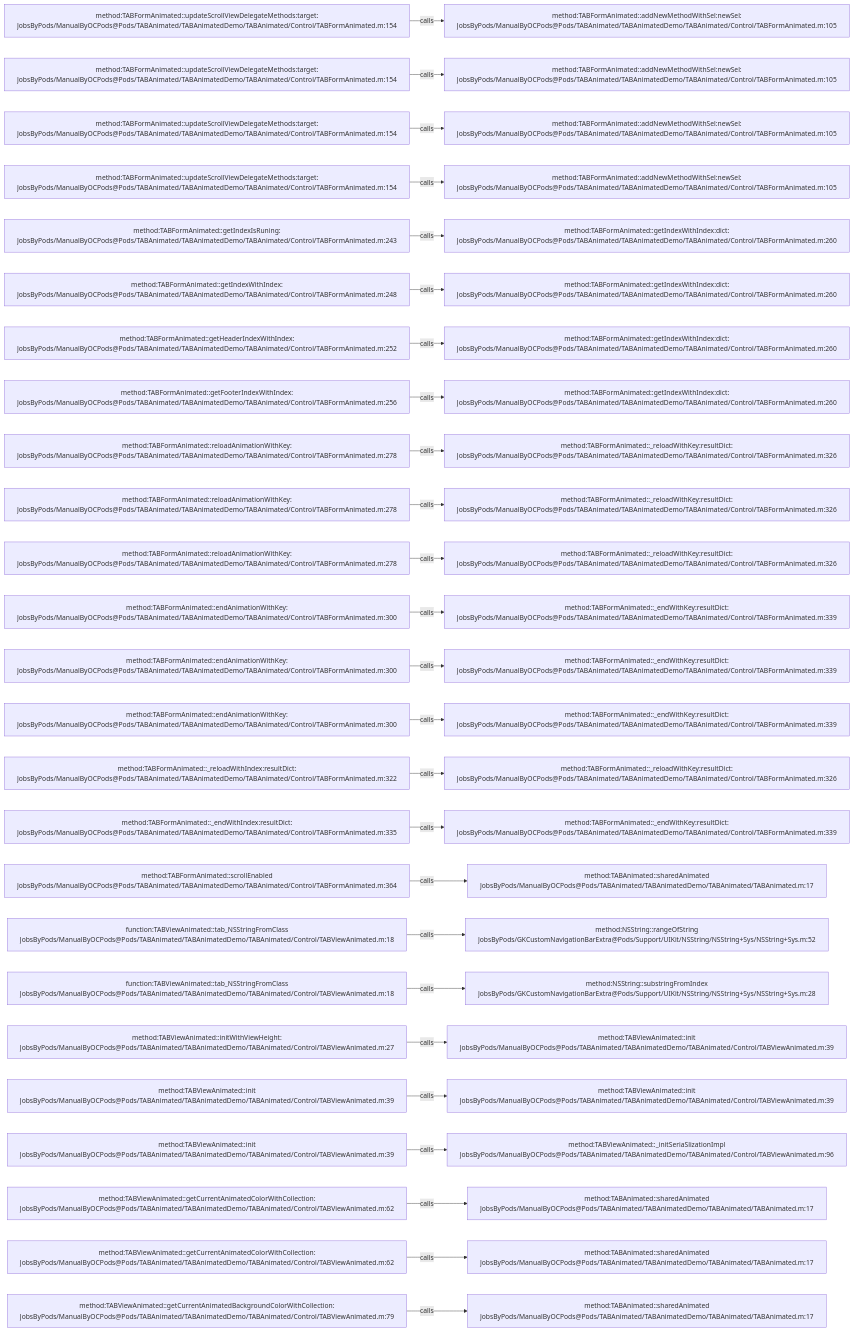
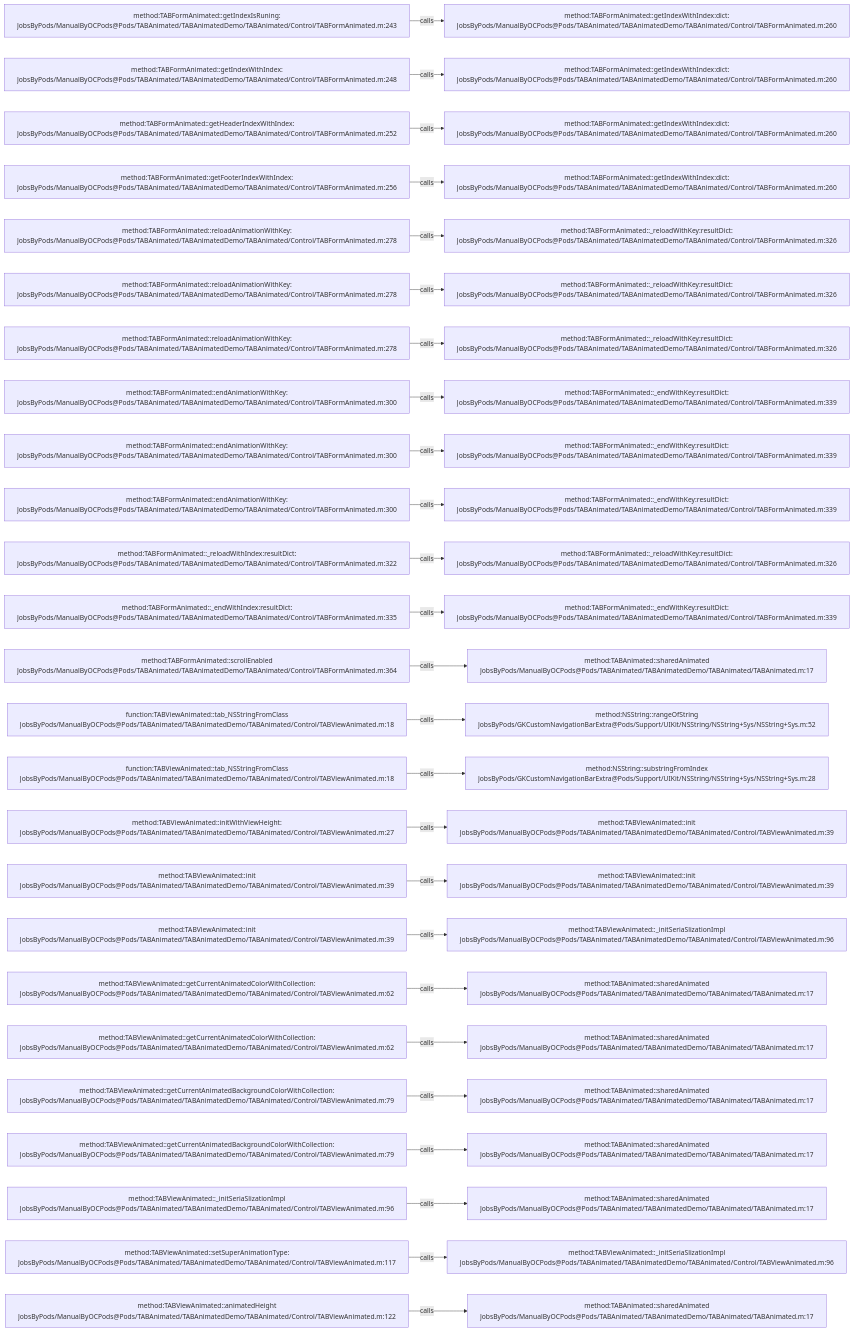
The diagram in .codegraph/codegraph.md/graphs/calls-023.md (JobsKits/JobsOCBaseConfigDemo), drawn with Mermaid before and after one commit. The commit also changed 727 other files, not shown here.

````diff
--- a/.codegraph/codegraph.md/graphs/calls-023.md
+++ b/.codegraph/codegraph.md/graphs/calls-023.md
@@ -13,78 +13,78 @@
 ```mermaid
 flowchart LR
-  S1["method:TABFormAnimated::updateScrollViewDelegateMethods:target:<br/>JobsByPods/ManualByOCPods@Pods/TABAnimated/TABAnimatedDemo/TABAnimated/Control/TABFormAnimated.m:154"]
-  T1["method:TABFormAnimated::addNewMethodWithSel:newSel:<br/>JobsByPods/ManualByOCPods@Pods/TABAnimated/TABAnimatedDemo/TABAnimated/Control/TABFormAnimated.m:105"]
+  S1["method:TABFormAnimated::getIndexIsRuning:<br/>JobsByPods/ManualByOCPods@Pods/TABAnimated/TABAnimatedDemo/TABAnimated/Control/TABFormAnimated.m:243"]
+  T1["method:TABFormAnimated::getIndexWithIndex:dict:<br/>JobsByPods/ManualByOCPods@Pods/TABAnimated/TABAnimatedDemo/TABAnimated/Control/TABFormAnimated.m:260"]
   S1 -->|calls| T1
-  S2["method:TABFormAnimated::updateScrollViewDelegateMethods:target:<br/>JobsByPods/ManualByOCPods@Pods/TABAnimated/TABAnimatedDemo/TABAnimated/Control/TABFormAnimated.m:154"]
-  T2["method:TABFormAnimated::addNewMethodWithSel:newSel:<br/>JobsByPods/ManualByOCPods@Pods/TABAnimated/TABAnimatedDemo/TABAnimated/Control/TABFormAnimated.m:105"]
+  S2["method:TABFormAnimated::getIndexWithIndex:<br/>JobsByPods/ManualByOCPods@Pods/TABAnimated/TABAnimatedDemo/TABAnimated/Control/TABFormAnimated.m:248"]
+  T2["method:TABFormAnimated::getIndexWithIndex:dict:<br/>JobsByPods/ManualByOCPods@Pods/TABAnimated/TABAnimatedDemo/TABAnimated/Control/TABFormAnimated.m:260"]
   S2 -->|calls| T2
-  S3["method:TABFormAnimated::updateScrollViewDelegateMethods:target:<br/>JobsByPods/ManualByOCPods@Pods/TABAnimated/TABAnimatedDemo/TABAnimated/Control/TABFormAnimated.m:154"]
-  T3["method:TABFormAnimated::addNewMethodWithSel:newSel:<br/>JobsByPods/ManualByOCPods@Pods/TABAnimated/TABAnimatedDemo/TABAnimated/Control/TABFormAnimated.m:105"]
+  S3["method:TABFormAnimated::getHeaderIndexWithIndex:<br/>JobsByPods/ManualByOCPods@Pods/TABAnimated/TABAnimatedDemo/TABAnimated/Control/TABFormAnimated.m:252"]
+  T3["method:TABFormAnimated::getIndexWithIndex:dict:<br/>JobsByPods/ManualByOCPods@Pods/TABAnimated/TABAnimatedDemo/TABAnimated/Control/TABFormAnimated.m:260"]
   S3 -->|calls| T3
-  S4["method:TABFormAnimated::updateScrollViewDelegateMethods:target:<br/>JobsByPods/ManualByOCPods@Pods/TABAnimated/TABAnimatedDemo/TABAnimated/Control/TABFormAnimated.m:154"]
-  T4["method:TABFormAnimated::addNewMethodWithSel:newSel:<br/>JobsByPods/ManualByOCPods@Pods/TABAnimated/TABAnimatedDemo/TABAnimated/Control/TABFormAnimated.m:105"]
+  S4["method:TABFormAnimated::getFooterIndexWithIndex:<br/>JobsByPods/ManualByOCPods@Pods/TABAnimated/TABAnimatedDemo/TABAnimated/Control/TABFormAnimated.m:256"]
+  T4["method:TABFormAnimated::getIndexWithIndex:dict:<br/>JobsByPods/ManualByOCPods@Pods/TABAnimated/TABAnimatedDemo/TABAnimated/Control/TABFormAnimated.m:260"]
   S4 -->|calls| T4
-  S5["method:TABFormAnimated::getIndexIsRuning:<br/>JobsByPods/ManualByOCPods@Pods/TABAnimated/TABAnimatedDemo/TABAnimated/Control/TABFormAnimated.m:243"]
-  T5["method:TABFormAnimated::getIndexWithIndex:dict:<br/>JobsByPods/ManualByOCPods@Pods/TABAnimated/TABAnimatedDemo/TABAnimated/Control/TABFormAnimated.m:260"]
+  S5["method:TABFormAnimated::reloadAnimationWithKey:<br/>JobsByPods/ManualByOCPods@Pods/TABAnimated/TABAnimatedDemo/TABAnimated/Control/TABFormAnimated.m:278"]
+  T5["method:TABFormAnimated::_reloadWithKey:resultDict:<br/>JobsByPods/ManualByOCPods@Pods/TABAnimated/TABAnimatedDemo/TABAnimated/Control/TABFormAnimated.m:326"]
   S5 -->|calls| T5
-  S6["method:TABFormAnimated::getIndexWithIndex:<br/>JobsByPods/ManualByOCPods@Pods/TABAnimated/TABAnimatedDemo/TABAnimated/Control/TABFormAnimated.m:248"]
-  T6["method:TABFormAnimated::getIndexWithIndex:dict:<br/>JobsByPods/ManualByOCPods@Pods/TABAnimated/TABAnimatedDemo/TABAnimated/Control/TABFormAnimated.m:260"]
+  S6["method:TABFormAnimated::reloadAnimationWithKey:<br/>JobsByPods/ManualByOCPods@Pods/TABAnimated/TABAnimatedDemo/TABAnimated/Control/TABFormAnimated.m:278"]
+  T6["method:TABFormAnimated::_reloadWithKey:resultDict:<br/>JobsByPods/ManualByOCPods@Pods/TABAnimated/TABAnimatedDemo/TABAnimated/Control/TABFormAnimated.m:326"]
   S6 -->|calls| T6
-  S7["method:TABFormAnimated::getHeaderIndexWithIndex:<br/>JobsByPods/ManualByOCPods@Pods/TABAnimated/TABAnimatedDemo/TABAnimated/Control/TABFormAnimated.m:252"]
-  T7["method:TABFormAnimated::getIndexWithIndex:dict:<br/>JobsByPods/ManualByOCPods@Pods/TABAnimated/TABAnimatedDemo/TABAnimated/Control/TABFormAnimated.m:260"]
+  S7["method:TABFormAnimated::reloadAnimationWithKey:<br/>JobsByPods/ManualByOCPods@Pods/TABAnimated/TABAnimatedDemo/TABAnimated/Control/TABFormAnimated.m:278"]
+  T7["method:TABFormAnimated::_reloadWithKey:resultDict:<br/>JobsByPods/ManualByOCPods@Pods/TABAnimated/TABAnimatedDemo/TABAnimated/Control/TABFormAnimated.m:326"]
   S7 -->|calls| T7
-  S8["method:TABFormAnimated::getFooterIndexWithIndex:<br/>JobsByPods/ManualByOCPods@Pods/TABAnimated/TABAnimatedDemo/TABAnimated/Control/TABFormAnimated.m:256"]
-  T8["method:TABFormAnimated::getIndexWithIndex:dict:<br/>JobsByPods/ManualByOCPods@Pods/TABAnimated/TABAnimatedDemo/TABAnimated/Control/TABFormAnimated.m:260"]
+  S8["method:TABFormAnimated::endAnimationWithKey:<br/>JobsByPods/ManualByOCPods@Pods/TABAnimated/TABAnimatedDemo/TABAnimated/Control/TABFormAnimated.m:300"]
+  T8["method:TABFormAnimated::_endWithKey:resultDict:<br/>JobsByPods/ManualByOCPods@Pods/TABAnimated/TABAnimatedDemo/TABAnimated/Control/TABFormAnimated.m:339"]
   S8 -->|calls| T8
-  S9["method:TABFormAnimated::reloadAnimationWithKey:<br/>JobsByPods/ManualByOCPods@Pods/TABAnimated/TABAnimatedDemo/TABAnimated/Control/TABFormAnimated.m:278"]
-  T9["method:TABFormAnimated::_reloadWithKey:resultDict:<br/>JobsByPods/ManualByOCPods@Pods/TABAnimated/TABAnimatedDemo/TABAnimated/Control/TABFormAnimated.m:326"]
+  S9["method:TABFormAnimated::endAnimationWithKey:<br/>JobsByPods/ManualByOCPods@Pods/TABAnimated/TABAnimatedDemo/TABAnimated/Control/TABFormAnimated.m:300"]
+  T9["method:TABFormAnimated::_endWithKey:resultDict:<br/>JobsByPods/ManualByOCPods@Pods/TABAnimated/TABAnimatedDemo/TABAnimated/Control/TABFormAnimated.m:339"]
   S9 -->|calls| T9
-  S10["method:TABFormAnimated::reloadAnimationWithKey:<br/>JobsByPods/ManualByOCPods@Pods/TABAnimated/TABAnimatedDemo/TABAnimated/Control/TABFormAnimated.m:278"]
-  T10["method:TABFormAnimated::_reloadWithKey:resultDict:<br/>JobsByPods/ManualByOCPods@Pods/TABAnimated/TABAnimatedDemo/TABAnimated/Control/TABFormAnimated.m:326"]
+  S10["method:TABFormAnimated::endAnimationWithKey:<br/>JobsByPods/ManualByOCPods@Pods/TABAnimated/TABAnimatedDemo/TABAnimated/Control/TABFormAnimated.m:300"]
+  T10["method:TABFormAnimated::_endWithKey:resultDict:<br/>JobsByPods/ManualByOCPods@Pods/TABAnimated/TABAnimatedDemo/TABAnimated/Control/TABFormAnimated.m:339"]
   S10 -->|calls| T10
-  S11["method:TABFormAnimated::reloadAnimationWithKey:<br/>JobsByPods/ManualByOCPods@Pods/TABAnimated/TABAnimatedDemo/TABAnimated/Control/TABFormAnimated.m:278"]
+  S11["method:TABFormAnimated::_reloadWithIndex:resultDict:<br/>JobsByPods/ManualByOCPods@Pods/TABAnimated/TABAnimatedDemo/TABAnimated/Control/TABFormAnimated.m:322"]
   T11["method:TABFormAnimated::_reloadWithKey:resultDict:<br/>JobsByPods/ManualByOCPods@Pods/TABAnimated/TABAnimatedDemo/TABAnimated/Control/TABFormAnimated.m:326"]
   S11 -->|calls| T11
-  S12["method:TABFormAnimated::endAnimationWithKey:<br/>JobsByPods/ManualByOCPods@Pods/TABAnimated/TABAnimatedDemo/TABAnimated/Control/TABFormAnimated.m:300"]
+  S12["method:TABFormAnimated::_endWithIndex:resultDict:<br/>JobsByPods/ManualByOCPods@Pods/TABAnimated/TABAnimatedDemo/TABAnimated/Control/TABFormAnimated.m:335"]
   T12["method:TABFormAnimated::_endWithKey:resultDict:<br/>JobsByPods/ManualByOCPods@Pods/TABAnimated/TABAnimatedDemo/TABAnimated/Control/TABFormAnimated.m:339"]
   S12 -->|calls| T12
-  S13["method:TABFormAnimated::endAnimationWithKey:<br/>JobsByPods/ManualByOCPods@Pods/TABAnimated/TABAnimatedDemo/TABAnimated/Control/TABFormAnimated.m:300"]
-  T13["method:TABFormAnimated::_endWithKey:resultDict:<br/>JobsByPods/ManualByOCPods@Pods/TABAnimated/TABAnimatedDemo/TABAnimated/Control/TABFormAnimated.m:339"]
+  S13["method:TABFormAnimated::scrollEnabled<br/>JobsByPods/ManualByOCPods@Pods/TABAnimated/TABAnimatedDemo/TABAnimated/Control/TABFormAnimated.m:364"]
+  T13["method:TABAnimated::sharedAnimated<br/>JobsByPods/ManualByOCPods@Pods/TABAnimated/TABAnimatedDemo/TABAnimated/TABAnimated.m:17"]
   S13 -->|calls| T13
-  S14["method:TABFormAnimated::endAnimationWithKey:<br/>JobsByPods/ManualByOCPods@Pods/TABAnimated/TABAnimatedDemo/TABAnimated/Control/TABFormAnimated.m:300"]
-  T14["method:TABFormAnimated::_endWithKey:resultDict:<br/>JobsByPods/ManualByOCPods@Pods/TABAnimated/TABAnimatedDemo/TABAnimated/Control/TABFormAnimated.m:339"]
+  S14["function:TABViewAnimated::tab_NSStringFromClass<br/>JobsByPods/ManualByOCPods@Pods/TABAnimated/TABAnimatedDemo/TABAnimated/Control/TABViewAnimated.m:18"]
+  T14["method:NSString::rangeOfString<br/>JobsByPods/GKCustomNavigationBarExtra@Pods/Support/UIKit/NSString/NSString+Sys/NSString+Sys.m:52"]
   S14 -->|calls| T14
-  S15["method:TABFormAnimated::_reloadWithIndex:resultDict:<br/>JobsByPods/ManualByOCPods@Pods/TABAnimated/TABAnimatedDemo/TABAnimated/Control/TABFormAnimated.m:322"]
-  T15["method:TABFormAnimated::_reloadWithKey:resultDict:<br/>JobsByPods/ManualByOCPods@Pods/TABAnimated/TABAnimatedDemo/TABAnimated/Control/TABFormAnimated.m:326"]
+  S15["function:TABViewAnimated::tab_NSStringFromClass<br/>JobsByPods/ManualByOCPods@Pods/TABAnimated/TABAnimatedDemo/TABAnimated/Control/TABViewAnimated.m:18"]
+  T15["method:NSString::substringFromIndex<br/>JobsByPods/GKCustomNavigationBarExtra@Pods/Support/UIKit/NSString/NSString+Sys/NSString+Sys.m:28"]
   S15 -->|calls| T15
-  S16["method:TABFormAnimated::_endWithIndex:resultDict:<br/>JobsByPods/ManualByOCPods@Pods/TABAnimated/TABAnimatedDemo/TABAnimated/Control/TABFormAnimated.m:335"]
-  T16["method:TABFormAnimated::_endWithKey:resultDict:<br/>JobsByPods/ManualByOCPods@Pods/TABAnimated/TABAnimatedDemo/TABAnimated/Control/TABFormAnimated.m:339"]
+  S16["method:TABViewAnimated::initWithViewHeight:<br/>JobsByPods/ManualByOCPods@Pods/TABAnimated/TABAnimatedDemo/TABAnimated/Control/TABViewAnimated.m:27"]
+  T16["method:TABViewAnimated::init<br/>JobsByPods/ManualByOCPods@Pods/TABAnimated/TABAnimatedDemo/TABAnimated/Control/TABViewAnimated.m:39"]
   S16 -->|calls| T16
-  S17["method:TABFormAnimated::scrollEnabled<br/>JobsByPods/ManualByOCPods@Pods/TABAnimated/TABAnimatedDemo/TABAnimated/Control/TABFormAnimated.m:364"]
-  T17["method:TABAnimated::sharedAnimated<br/>JobsByPods/ManualByOCPods@Pods/TABAnimated/TABAnimatedDemo/TABAnimated/TABAnimated.m:17"]
+  S17["method:TABViewAnimated::init<br/>JobsByPods/ManualByOCPods@Pods/TABAnimated/TABAnimatedDemo/TABAnimated/Control/TABViewAnimated.m:39"]
+  T17["method:TABViewAnimated::init<br/>JobsByPods/ManualByOCPods@Pods/TABAnimated/TABAnimatedDemo/TABAnimated/Control/TABViewAnimated.m:39"]
   S17 -->|calls| T17
-  S18["function:TABViewAnimated::tab_NSStringFromClass<br/>JobsByPods/ManualByOCPods@Pods/TABAnimated/TABAnimatedDemo/TABAnimated/Control/TABViewAnimated.m:18"]
-  T18["method:NSString::rangeOfString<br/>JobsByPods/GKCustomNavigationBarExtra@Pods/Support/UIKit/NSString/NSString+Sys/NSString+Sys.m:52"]
+  S18["method:TABViewAnimated::init<br/>JobsByPods/ManualByOCPods@Pods/TABAnimated/TABAnimatedDemo/TABAnimated/Control/TABViewAnimated.m:39"]
+  T18["method:TABViewAnimated::_initSeriaSlizationImpl<br/>JobsByPods/ManualByOCPods@Pods/TABAnimated/TABAnimatedDemo/TABAnimated/Control/TABViewAnimated.m:96"]
   S18 -->|calls| T18
-  S19["function:TABViewAnimated::tab_NSStringFromClass<br/>JobsByPods/ManualByOCPods@Pods/TABAnimated/TABAnimatedDemo/TABAnimated/Control/TABViewAnimated.m:18"]
-  T19["method:NSString::substringFromIndex<br/>JobsByPods/GKCustomNavigationBarExtra@Pods/Support/UIKit/NSString/NSString+Sys/NSString+Sys.m:28"]
+  S19["method:TABViewAnimated::getCurrentAnimatedColorWithCollection:<br/>JobsByPods/ManualByOCPods@Pods/TABAnimated/TABAnimatedDemo/TABAnimated/Control/TABViewAnimated.m:62"]
+  T19["method:TABAnimated::sharedAnimated<br/>JobsByPods/ManualByOCPods@Pods/TABAnimated/TABAnimatedDemo/TABAnimated/TABAnimated.m:17"]
   S19 -->|calls| T19
-  S20["method:TABViewAnimated::initWithViewHeight:<br/>JobsByPods/ManualByOCPods@Pods/TABAnimated/TABAnimatedDemo/TABAnimated/Control/TABViewAnimated.m:27"]
-  T20["method:TABViewAnimated::init<br/>JobsByPods/ManualByOCPods@Pods/TABAnimated/TABAnimatedDemo/TABAnimated/Control/TABViewAnimated.m:39"]
+  S20["method:TABViewAnimated::getCurrentAnimatedColorWithCollection:<br/>JobsByPods/ManualByOCPods@Pods/TABAnimated/TABAnimatedDemo/TABAnimated/Control/TABViewAnimated.m:62"]
+  T20["method:TABAnimated::sharedAnimated<br/>JobsByPods/ManualByOCPods@Pods/TABAnimated/TABAnimatedDemo/TABAnimated/TABAnimated.m:17"]
   S20 -->|calls| T20
-  S21["method:TABViewAnimated::init<br/>JobsByPods/ManualByOCPods@Pods/TABAnimated/TABAnimatedDemo/TABAnimated/Control/TABViewAnimated.m:39"]
-  T21["method:TABViewAnimated::init<br/>JobsByPods/ManualByOCPods@Pods/TABAnimated/TABAnimatedDemo/TABAnimated/Control/TABViewAnimated.m:39"]
+  S21["method:TABViewAnimated::getCurrentAnimatedBackgroundColorWithCollection:<br/>JobsByPods/ManualByOCPods@Pods/TABAnimated/TABAnimatedDemo/TABAnimated/Control/TABViewAnimated.m:79"]
+  T21["method:TABAnimated::sharedAnimated<br/>JobsByPods/ManualByOCPods@Pods/TABAnimated/TABAnimatedDemo/TABAnimated/TABAnimated.m:17"]
   S21 -->|calls| T21
-  S22["method:TABViewAnimated::init<br/>JobsByPods/ManualByOCPods@Pods/TABAnimated/TABAnimatedDemo/TABAnimated/Control/TABViewAnimated.m:39"]
-  T22["method:TABViewAnimated::_initSeriaSlizationImpl<br/>JobsByPods/ManualByOCPods@Pods/TABAnimated/TABAnimatedDemo/TABAnimated/Control/TABViewAnimated.m:96"]
+  S22["method:TABViewAnimated::getCurrentAnimatedBackgroundColorWithCollection:<br/>JobsByPods/ManualByOCPods@Pods/TABAnimated/TABAnimatedDemo/TABAnimated/Control/TABViewAnimated.m:79"]
+  T22["method:TABAnimated::sharedAnimated<br/>JobsByPods/ManualByOCPods@Pods/TABAnimated/TABAnimatedDemo/TABAnimated/TABAnimated.m:17"]
   S22 -->|calls| T22
-  S23["method:TABViewAnimated::getCurrentAnimatedColorWithCollection:<br/>JobsByPods/ManualByOCPods@Pods/TABAnimated/TABAnimatedDemo/TABAnimated/Control/TABViewAnimated.m:62"]
+  S23["method:TABViewAnimated::_initSeriaSlizationImpl<br/>JobsByPods/ManualByOCPods@Pods/TABAnimated/TABAnimatedDemo/TABAnimated/Control/TABViewAnimated.m:96"]
   T23["method:TABAnimated::sharedAnimated<br/>JobsByPods/ManualByOCPods@Pods/TABAnimated/TABAnimatedDemo/TABAnimated/TABAnimated.m:17"]
   S23 -->|calls| T23
-  S24["method:TABViewAnimated::getCurrentAnimatedColorWithCollection:<br/>JobsByPods/ManualByOCPods@Pods/TABAnimated/TABAnimatedDemo/TABAnimated/Control/TABViewAnimated.m:62"]
-  T24["method:TABAnimated::sharedAnimated<br/>JobsByPods/ManualByOCPods@Pods/TABAnimated/TABAnimatedDemo/TABAnimated/TABAnimated.m:17"]
+  S24["method:TABViewAnimated::setSuperAnimationType:<br/>JobsByPods/ManualByOCPods@Pods/TABAnimated/TABAnimatedDemo/TABAnimated/Control/TABViewAnimated.m:117"]
+  T24["method:TABViewAnimated::_initSeriaSlizationImpl<br/>JobsByPods/ManualByOCPods@Pods/TABAnimated/TABAnimatedDemo/TABAnimated/Control/TABViewAnimated.m:96"]
   S24 -->|calls| T24
-  S25["method:TABViewAnimated::getCurrentAnimatedBackgroundColorWithCollection:<br/>JobsByPods/ManualByOCPods@Pods/TABAnimated/TABAnimatedDemo/TABAnimated/Control/TABViewAnimated.m:79"]
+  S25["method:TABViewAnimated::animatedHeight<br/>JobsByPods/ManualByOCPods@Pods/TABAnimated/TABAnimatedDemo/TABAnimated/Control/TABViewAnimated.m:122"]
   T25["method:TABAnimated::sharedAnimated<br/>JobsByPods/ManualByOCPods@Pods/TABAnimated/TABAnimatedDemo/TABAnimated/TABAnimated.m:17"]
   S25 -->|calls| T25
 ```
````
